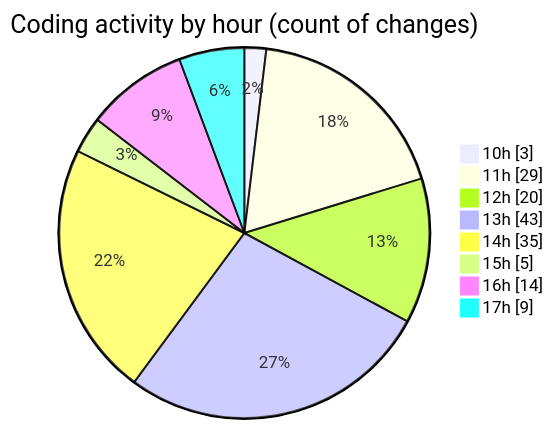
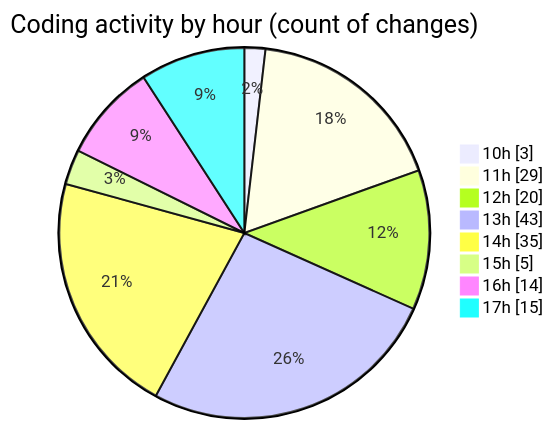
The second of 2 diagrams in 2025-08-14/ribbon/README.md (EIIisD/code-tracking), drawn with Mermaid before and after one commit. The commit also changed other lines of this file and 1 other file, not shown here.

````diff
--- a/2025-08-14/ribbon/README.md
+++ b/2025-08-14/ribbon/README.md
@@ -40,12 +40,12 @@
 ```mermaid
 pie showData
 title Coding activity by hour (count of changes)
 "10h" : 3
 "11h" : 29
 "12h" : 20
 "13h" : 43
 "14h" : 35
 "15h" : 5
 "16h" : 14
-"17h" : 9
+"17h" : 15
 ```
````
